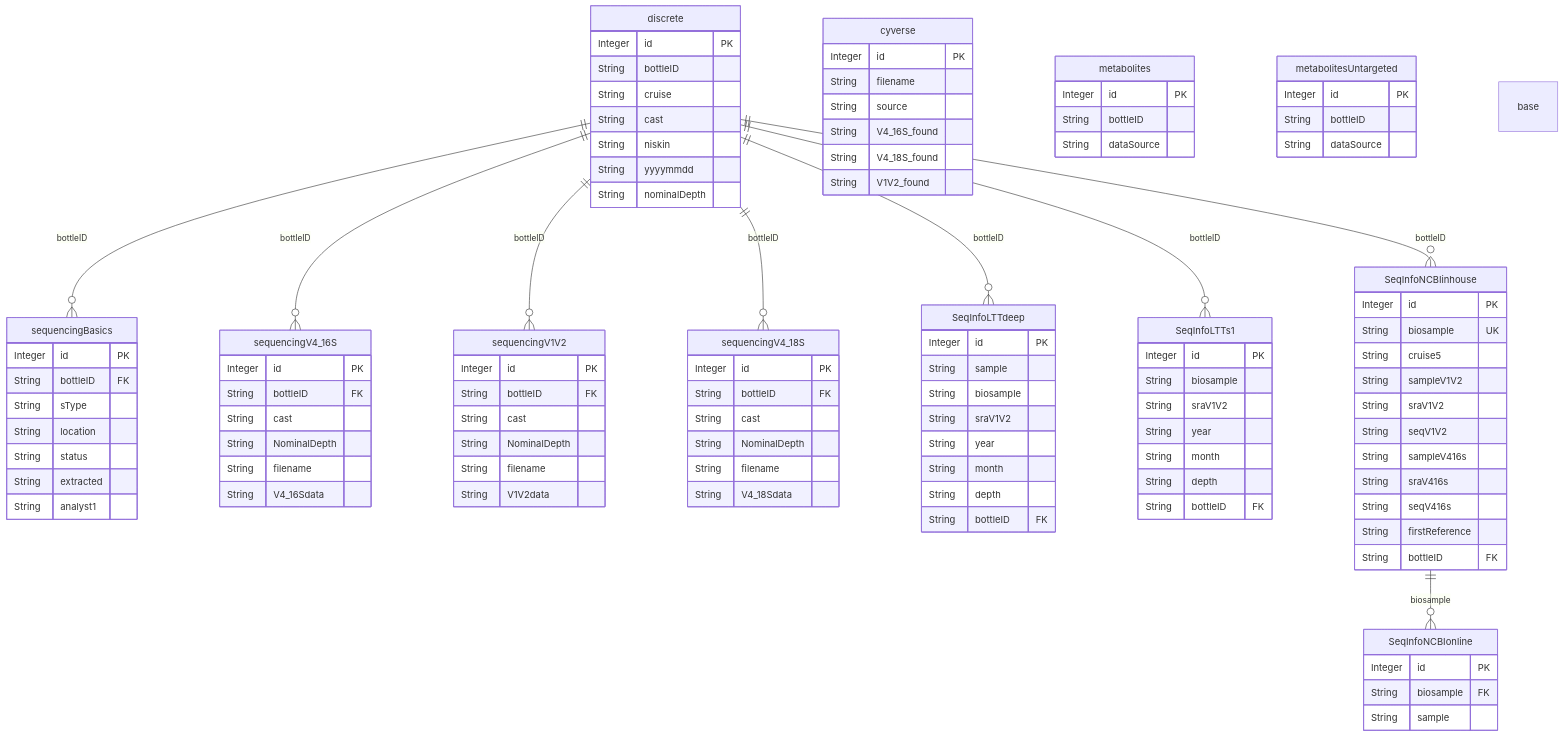
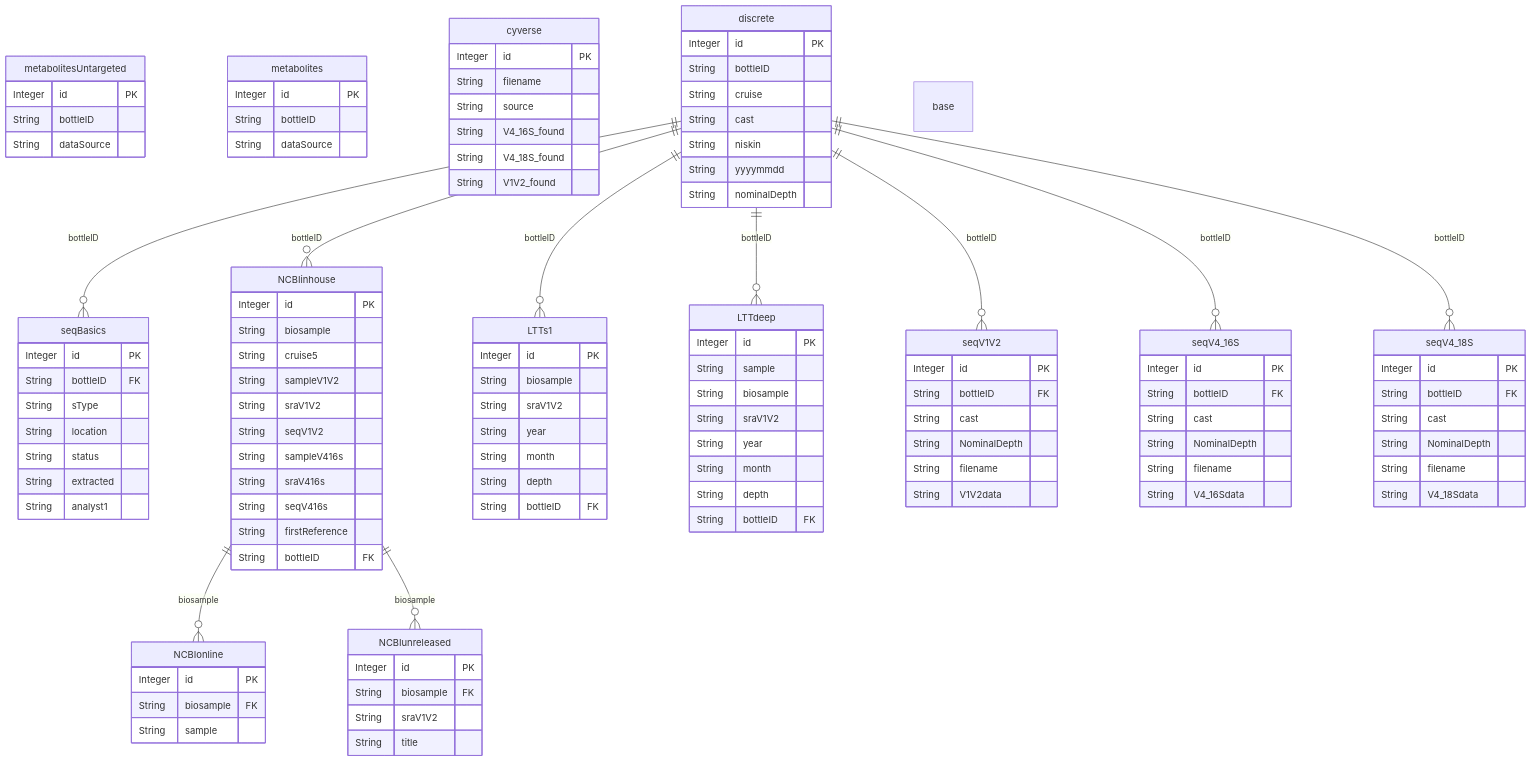
Before and after one commit to BIOS-SCOPE/SargassoDB: the diagram in schema.md, drawn with Mermaid. The commit also changed 10 other files, not shown here.

Commit message:
update schema

````diff
--- a/schema.md
+++ b/schema.md
@@ -1,6 +1,33 @@
 ```mermaid 
 
 erDiagram
+    seqBasics {
+        Integer id PK
+        String bottleID FK
+        String sType
+        String location
+        String status
+        String extracted
+        String analyst1
+    }
+    metabolitesUntargeted {
+        Integer id PK
+        String bottleID
+        String dataSource
+    }
+    metabolites {
+        Integer id PK
+        String bottleID
+        String dataSource
+    }
+    cyverse {
+        Integer id PK
+        String filename
+        String source
+        String V4_16S_found
+        String V4_18S_found
+        String V1V2_found
+    }
     discrete {
         Integer id PK
         String bottleID
@@ -10,79 +37,11 @@
         String yyyymmdd
         String nominalDepth
     }
-    cyverse {
-        Integer id PK
-        String filename
-        String source
-        String V4_16S_found
-        String V4_18S_found
-        String V1V2_found
+    base {
     }
-    metabolites {
-        Integer id PK
-        String bottleID
-        String dataSource
-    }
-    metabolitesUntargeted {
-        Integer id PK
-        String bottleID
-        String dataSource
-    }
-    sequencingBasics {
-        Integer id PK
-        String bottleID FK
-        String sType
-        String location
-        String status
-        String extracted
-        String analyst1
-    }
-    sequencingV4_16S {
-        Integer id PK
-        String bottleID FK
-        String cast
-        String NominalDepth
-        String filename
-        String V4_16Sdata
-    }
-    sequencingV1V2 {
-        Integer id PK
-        String bottleID FK
-        String cast
-        String NominalDepth
-        String filename
-        String V1V2data
-    }
-    sequencingV4_18S {
-        Integer id PK
-        String bottleID FK
-        String cast
-        String NominalDepth
-        String filename
-        String V4_18Sdata
-    }
-    SeqInfoLTTdeep {
-        Integer id PK
-        String sample
-        String biosample
-        String sraV1V2
-        String year
-        String month
-        String depth
-        String bottleID FK
-    }
-    SeqInfoLTTs1 {
+    NCBIinhouse {
         Integer id PK
         String biosample
-        String sraV1V2
-        String year
-        String month
-        String depth
-        String bottleID FK
-    }
-    SeqInfoNCBIinhouse {
-        Integer id PK
-        String biosample UK
         String cruise5
         String sampleV1V2
         String sraV1V2
@@ -93,21 +52,70 @@
         String firstReference
         String bottleID FK
     }
-    SeqInfoNCBIonline {
+    NCBIonline {
         Integer id PK
         String biosample FK
         String sample
     }
-    base {
+    NCBIunreleased {
+        Integer id PK
+        String biosample FK
+        String sraV1V2
+        String title
     }
-    discrete ||--o{ sequencingBasics : "bottleID"
-    discrete ||--o{ sequencingV4_16S : "bottleID"
-    discrete ||--o{ sequencingV1V2 : "bottleID"
-    discrete ||--o{ sequencingV4_18S : "bottleID"
-    discrete ||--o{ SeqInfoNCBIinhouse : "bottleID"
-    SeqInfoNCBIinhouse ||--o{ SeqInfoNCBIonline : "biosample"
-    discrete ||--o{ SeqInfoLTTs1 : "bottleID"
-    discrete ||--o{ SeqInfoLTTdeep : "bottleID"
+    LTTs1 {
+        Integer id PK
+        String biosample
+        String sraV1V2
+        String year
+        String month
+        String depth
+        String bottleID FK
+    }
+    LTTdeep {
+        Integer id PK
+        String sample
+        String biosample
+        String sraV1V2
+        String year
+        String month
+        String depth
+        String bottleID FK
+    }
+    seqV1V2 {
+        Integer id PK
+        String bottleID FK
+        String cast
+        String NominalDepth
+        String filename
+        String V1V2data
+    }
+    seqV4_16S {
+        Integer id PK
+        String bottleID FK
+        String cast
+        String NominalDepth
+        String filename
+        String V4_16Sdata
+    }
+    seqV4_18S {
+        Integer id PK
+        String bottleID FK
+        String cast
+        String NominalDepth
+        String filename
+        String V4_18Sdata
+    }
+    discrete ||--o{ seqBasics : "bottleID"
+    discrete ||--o{ seqV4_16S : "bottleID"
+    discrete ||--o{ seqV1V2 : "bottleID"
+    discrete ||--o{ seqV4_18S : "bottleID"
+    discrete ||--o{ NCBIinhouse : "bottleID"
+    NCBIinhouse ||--o{ NCBIonline : "biosample"
+    discrete ||--o{ LTTs1 : "bottleID"
+    discrete ||--o{ LTTdeep : "bottleID"
+    NCBIinhouse ||--o{ NCBIunreleased : "biosample"
+
 
 
 ```
````
